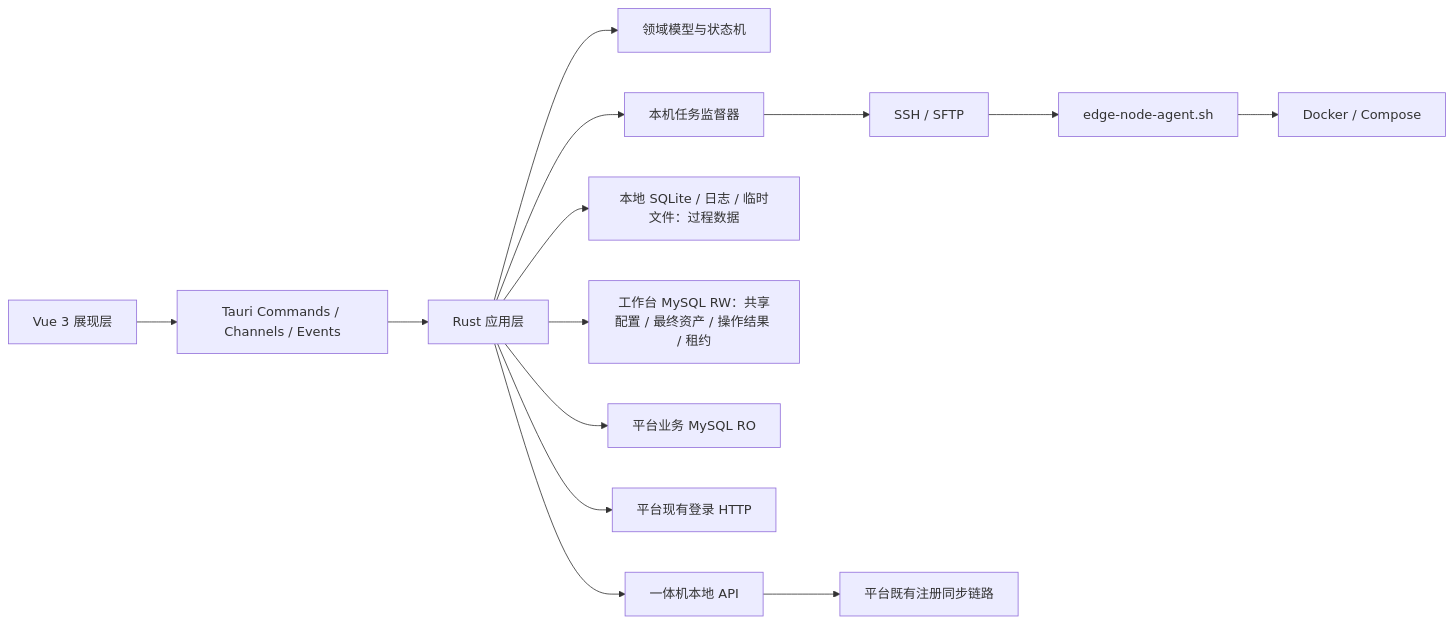
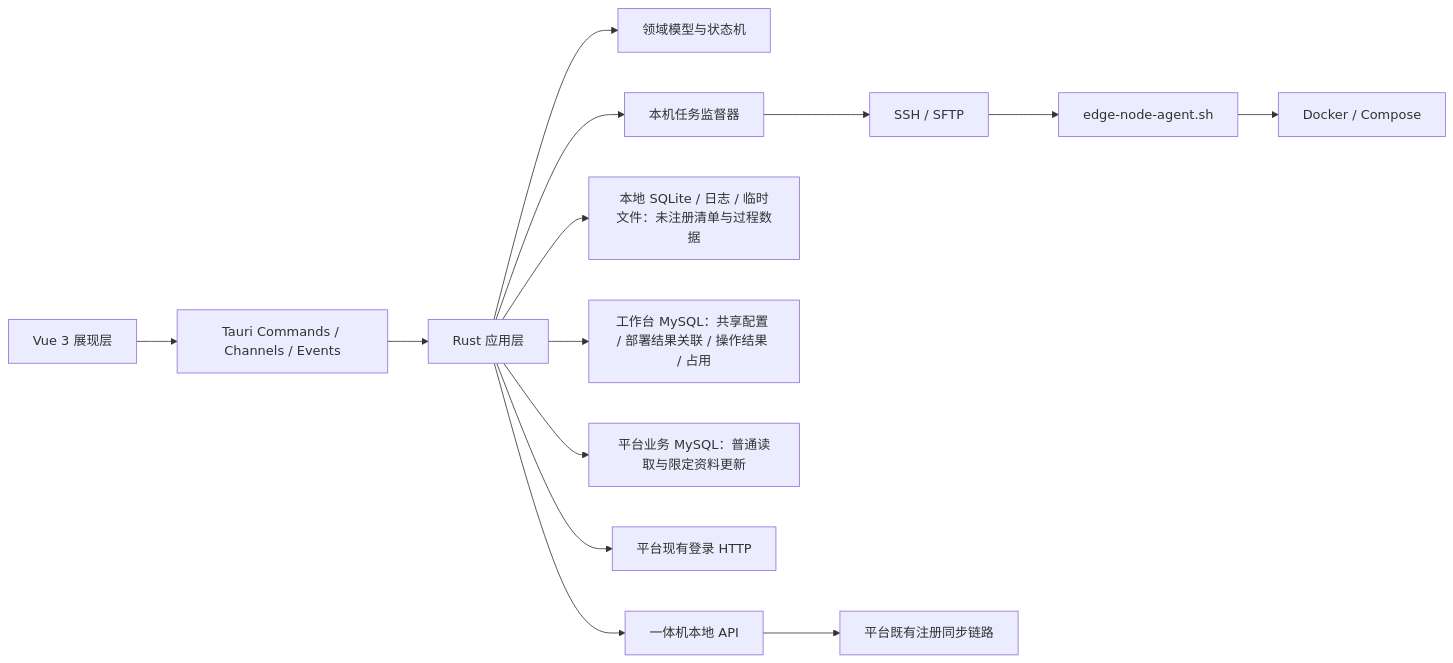
Before and after one commit to fengin/inxaiot-desk-buddy: the first of 2 diagrams in doc/一体机/03-技术方案设计.md, drawn with Mermaid. The commit also changed other lines of this file and 66 other files, not shown here.

````diff
--- a/doc/一体机/03-技术方案设计.md
+++ b/doc/一体机/03-技术方案设计.md
@@ -180,18 +180,18 @@
 ```mermaid
 flowchart LR
     UI[Vue 3 展现层] --> IPC[Tauri Commands / Channels / Events]
     IPC --> APP[Rust 应用层]
     APP --> DOMAIN[领域模型与状态机]
     APP --> JOB[本机任务监督器]
 
-    APP --> LOCAL[本地 SQLite / 日志 / 临时文件：过程数据]
-    APP --> WBDB[工作台 MySQL RW：共享配置 / 最终资产 / 操作结果 / 租约]
-    APP --> PDB[平台业务 MySQL RO]
+    APP --> LOCAL[本地 SQLite / 日志 / 临时文件：未注册清单与过程数据]
+    APP --> WBDB[工作台 MySQL：共享配置 / 部署结果关联 / 操作结果 / 占用]
+    APP --> PDB[平台业务 MySQL：普通读取与限定资料更新]
     APP --> AUTH[平台现有登录 HTTP]
 
     JOB --> SSH[SSH / SFTP]
     SSH --> AGENT[edge-node-agent.sh]
     AGENT --> DOCKER[Docker / Compose]
     APP --> EDGEAPI[一体机本地 API]
     EDGEAPI --> PLATFORM[平台既有注册同步链路]
 ```
````
